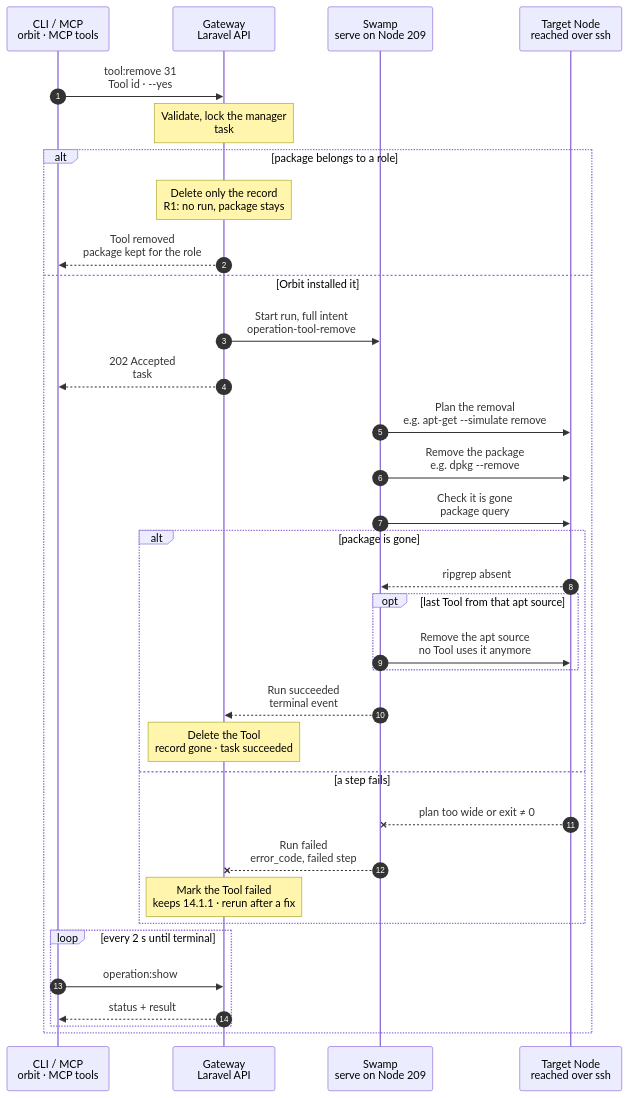
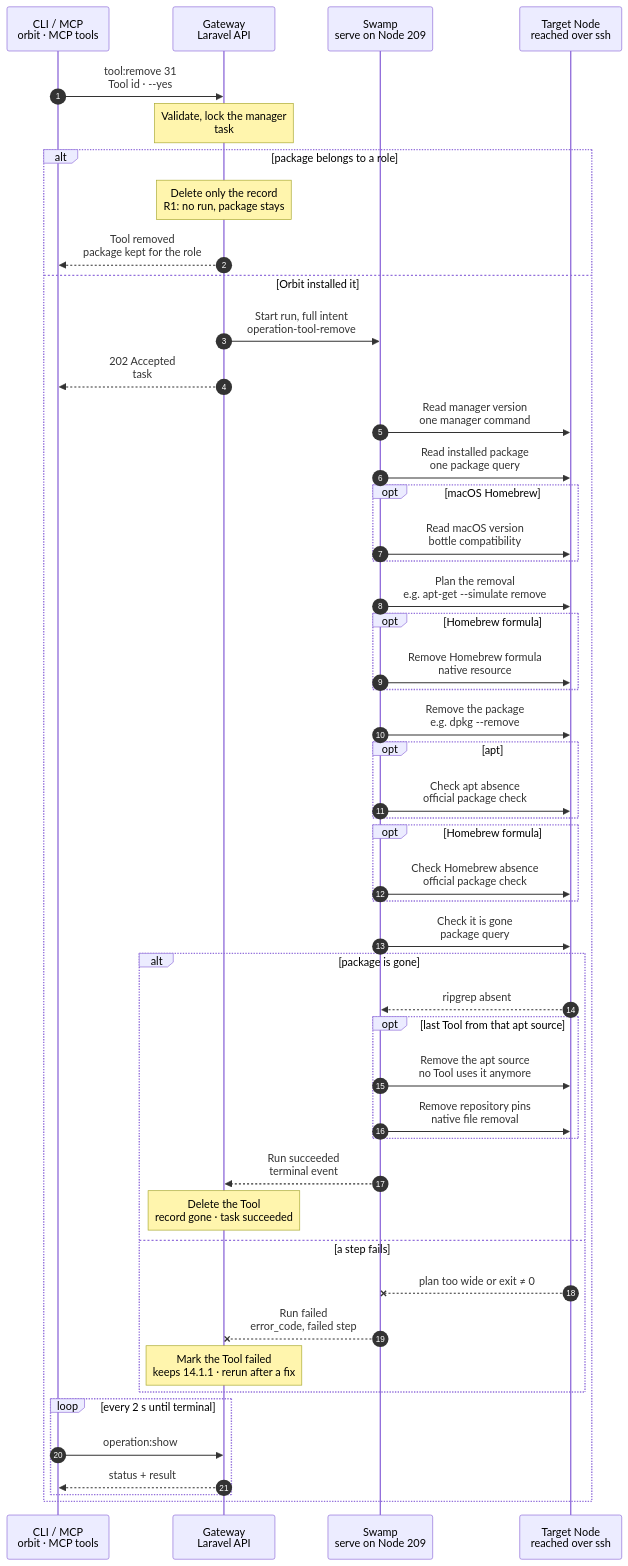
One commit to hardimpactdev/orbit changed the diagram in docs/flows/tool.remove.mmd. Above: the diagram before and after it, drawn with Mermaid. The commit also changed 38 other files, not shown here.

Commit message:
refactor(tools): replace package scripts with native resources and argv

```diff
--- a/docs/flows/tool.remove.mmd
+++ b/docs/flows/tool.remove.mmd
@@ -1,122 +1,137 @@
 sequenceDiagram
   %% Target design: ADR 0244 task, DECISIONS R1 (record-only change starts no run), R2, R4. Same shape as tool.install.
   %% status: reviewed
   %% command: tool:remove
   autonumber
   %% lane CLI icon=terminal pill=caller tone=gray
   %% lane GW icon=gateway pill=intent tone=blue
   %% lane SW icon=workflow pill=executes tone=green
   %% lane N icon=server pill=target tone=amber
   participant CLI as CLI / MCP<br/>orbit · MCP tools
   participant GW as Gateway<br/>Laravel API
   participant SW as Swamp<br/>serve on Node 209
   participant N as Target Node<br/>reached over ssh
   CLI->>GW: tool:remove 31<br/>Tool id · --yes
   %%> Command:
   %%> - `orbit tool:remove 31 --yes`
   %%> - syntax: `<tool> [--yes]`
   %%> Input:
   %%> - the Tool's id, as `tool:list --node=ID` shows it
   %%> Confirmation:
   %%> - without `--yes`, the CLI first asks "Remove Tool ripgrep (apt on Node #12) by uninstalling it and deleting its record?"; the default is No
   %%> - without a terminal, or with `--json`, `--yes` is required
   Note over GW: Validate, lock the manager<br/>task #5135 · ripgrep on Node 12
   %%> Requirements:
   %%> - your Node has an access grant to Node 12
   %%> - Tool 31 exists
   %%> - no other change runs for this Tool Manager on Node 12; the Gateway holds one lock per Node and Tool Manager
   %%> Decides:
   %%> - whether the package must leave the Node, or only the record goes
   alt package belongs to a role
     Note over GW: Delete only the record<br/>R1: no run, package stays
     %%> When:
     %%> - the package is owned by a Node role, for example a PHP extension such as `php8.5-xml`
     %%> Result:
     %%> - Tool 31's record is deleted
     %%> - the package stays installed, because the role still needs it
     %%> - no Swamp run starts (R1)
     GW-->>CLI: Tool removed<br/>package kept for the role
     %%> What you get:
     %%> - the final result at once; there is nothing to follow
   else Orbit installed it
     GW->>SW: Start run, full intent<br/>operation-tool-remove
     %%> What it does:
     %%> - starts one Swamp run on serve (Node 209)
     %%> Inputs:
     %%> - the package, Tool Manager, and whether its apt source is still used by another Tool
     %%> - Node 12's address and SSH host keys; the SSH identity comes from the `swamp` role
     GW-->>CLI: 202 Accepted<br/>task #5135
     %%> What you get:
     %%> - the task number, at once
     %%> Next:
     %%> - the CLI follows the task with `operation:show`
+    SW->>N: Read manager version<br/>one manager command
+    SW->>N: Read installed package<br/>one package query
+    opt macOS Homebrew
+      SW->>N: Read macOS version<br/>bottle compatibility
+    end
     SW->>N: Plan the removal<br/>e.g. apt-get --simulate remove
     %%> What it does:
     %%> - asks the Tool Manager what removing the package would also remove
     %%> Refuses:
     %%> - a plan that removes any other package; then the run stops here and nothing changes
     %%> Per Tool Manager:
     %%> - `apt`: `apt-get --simulate remove`; the plan may contain only this package
     %%> - `brew`: refuses when another formula still depends on it
     %%> - `brew-cask`: checks the cask is safe to uninstall
     %%> - `composer`, `vp`: no plan needed; global packages have no system dependents
+    opt Homebrew formula
+      SW->>N: Remove Homebrew formula<br/>native resource
+    end
     SW->>N: Remove the package<br/>e.g. dpkg --remove
     %%> What it does:
     %%> - removes exactly this package, so dependency changes can't pull in more removals
     %%> - no purge, no autoremove
     %%> Per Tool Manager:
     %%> - `apt`: `dpkg --remove`, as root
     %%> - `brew`, `brew-cask`: `brew uninstall`, as the Node's account
     %%> - `composer`, `vp`: removes the global package, as the Node's managed user
     %%> Busy apt lock:
     %%> - it waits for the lock within the run's time budget, then fails
+    opt apt
+      SW->>N: Check apt absence<br/>official package check
+    end
+    opt Homebrew formula
+      SW->>N: Check Homebrew absence<br/>official package check
+    end
     SW->>N: Check it is gone<br/>package query
     %%> What it does:
     %%> - asks the Tool Manager again; the package must be absent
     %%> Why:
     %%> - the Tool only counts as removed when the Node shows it
     alt package is gone
       N-->>SW: ripgrep absent
       %%> Returns:
       %%> - the check passed
       opt last Tool from that apt source
         SW->>N: Remove the apt source<br/>no Tool uses it anymore
+        SW->>N: Remove repository pins<br/>native file removal
         %%> When:
         %%> - only when this was the last Tool installed from a signed apt repository
         %%> What it does:
         %%> - removes the apt source and its signing key from the Node
         %%> If it fails:
         %%> - the removal still succeeds; the package is already gone
         %%> - the unused apt source stays recorded, and the next `tool:remove` or `tool:install` from it cleans it up
       end
       SW-->>GW: Run succeeded<br/>terminal event
       %%> How the Gateway learns it:
       %%> - its shared run reader sees the terminal event; Swamp never calls the Gateway
       Note over GW: Delete the Tool<br/>record gone · task succeeded
       %%> Result:
       %%> - Tool 31's record is deleted
       %%> - an apt repository record is deleted when its source was removed; otherwise it stays recorded for a later cleanup
       %%> - task #5135 succeeds
     else a step fails
       N--xSW: plan too wide or exit ≠ 0
       %%> When:
       %%> - the plan would remove other packages, the removal fails, or the package is still there
       SW--xGW: Run failed<br/>error_code, failed step
       %%> The Gateway reads:
       %%> - which step failed and its error code
       Note over GW: Mark the Tool failed<br/>keeps 14.1.1 · rerun after a fix
       %%> Result:
       %%> - Tool 31 stays, marked failed, with its recorded version
       %%> - task #5135 fails
       %%> Retry:
       %%> - run the same command again
     end
     loop every 2 s until terminal
       CLI->>GW: operation:show #5135
       %%> What it does:
       %%> - asks for the task's status every 2 seconds until it has ended
       GW-->>CLI: status + result
       %%> Returns:
       %%> - the current status, and the result once the task has ended
     end
   end
```
